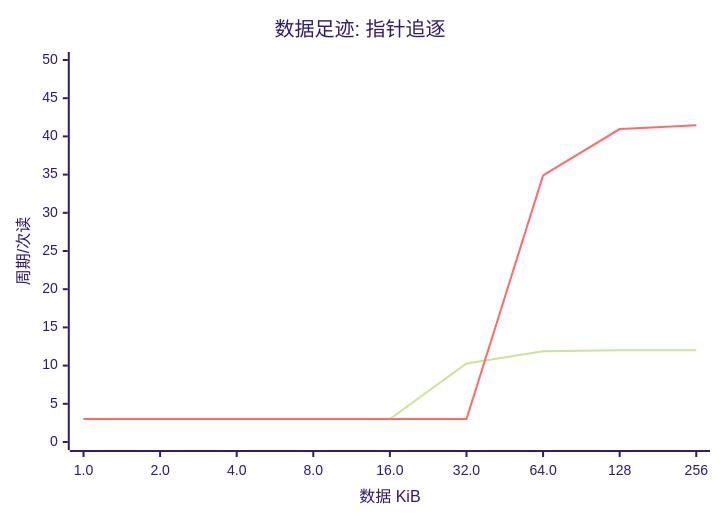
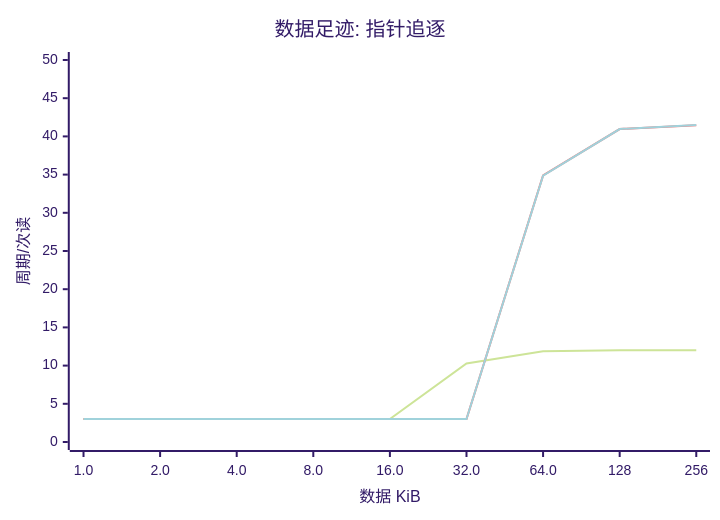
Before and after one commit to FASTSHIFT/cachecliff: the second of 4 diagrams in docs/examples/h743-vs-rt1176.md, drawn with Mermaid (forest theme). The commit also changed other lines of this file and 3 other files, not shown here.

````diff
--- a/docs/examples/h743-vs-rt1176.md
+++ b/docs/examples/h743-vs-rt1176.md
@@ -68,8 +81,9 @@
 ```mermaid
 xychart-beta
     title "数据足迹: 指针追逐"
     x-axis "数据 KiB" ["1.0", "2.0", "4.0", "8.0", "16.0", "32.0", "64.0", "128", "256"]
     y-axis "周期/次读" 0 --> 50
     line [3, 3, 3, 3, 3, 10.284, 11.868, 11.994, 12]
     line [2.99796, 2.99796, 2.99796, 2.99796, 2.99796, 2.99796, 34.8799, 40.9655, 41.4734]
+    line [2.99796, 2.99796, 2.99796, 2.99796, 2.99796, 2.99796, 34.87, 40.9655, 41.4834]
 ```
````
